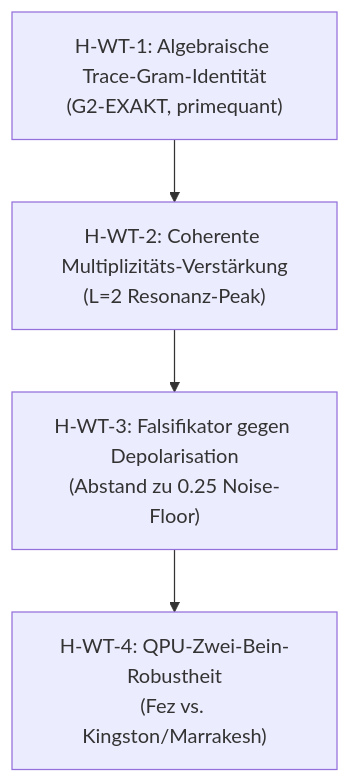
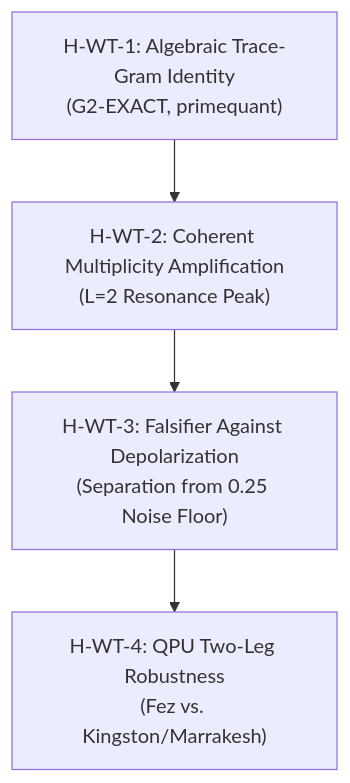
Before and after one commit to bartman081523/riemann-nuclear-synthesis: the diagram in docs/prereg_sharpening_weil_theta.md, drawn with Mermaid. The commit also changed other lines of this file and 16 other files, not shown here.

````diff
--- a/docs/prereg_sharpening_weil_theta.md
+++ b/docs/prereg_sharpening_weil_theta.md
@@ -40,6 +40,6 @@
 ```mermaid
 flowchart TD
-    A["H-WT-1: Algebraische Trace-Gram-Identität<br/>(G2-EXAKT, primequant)"] --> B["H-WT-2: Coherente Multiplizitäts-Verstärkung<br/>(L=2 Resonanz-Peak)"]
-    B --> C["H-WT-3: Falsifikator gegen Depolarisation<br/>(Abstand zu 0.25 Noise-Floor)"]
-    C --> D["H-WT-4: QPU-Zwei-Bein-Robustheit<br/>(Fez vs. Kingston/Marrakesh)"]
+    A["H-WT-1: Algebraic Trace-Gram Identity<br/>(G2-EXACT, primequant)"] --> B["H-WT-2: Coherent Multiplicity Amplification<br/>(L=2 Resonance Peak)"]
+    B --> C["H-WT-3: Falsifier Against Depolarization<br/>(Separation from 0.25 Noise Floor)"]
+    C --> D["H-WT-4: QPU Two-Leg Robustness<br/>(Fez vs. Kingston/Marrakesh)"]
 ```
````
